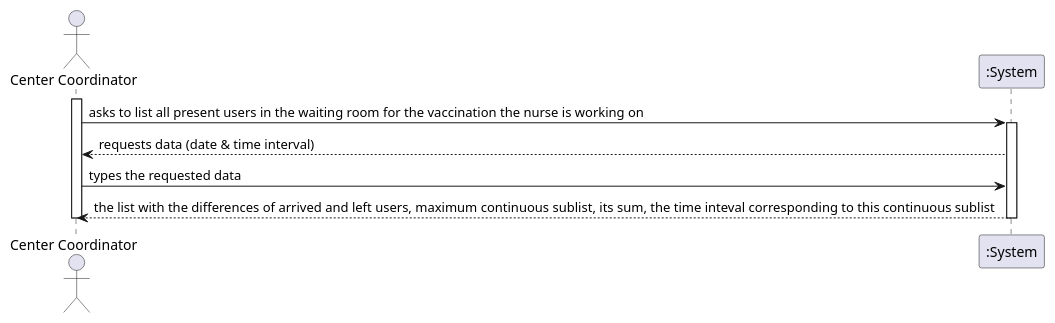
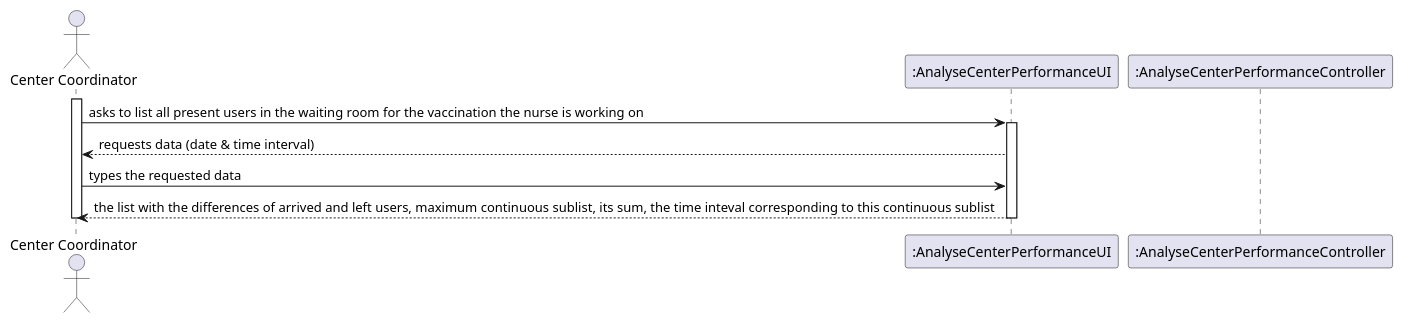
The diagram in docs/SprintD/US16/SD/US16_SD.puml (miseEnPlace-i/lapr2), drawn with PlantUML before and after one commit. The commit also changed 1 other file, not shown here.

```diff
--- a/docs/SprintD/US16/SD/US16_SD.puml
+++ b/docs/SprintD/US16/SD/US16_SD.puml
@@ -1,15 +1,17 @@
 @startuml
 
 actor "Center Coordinator" AS COORD
-participant ":System" as SYS
+participant ":AnalyseCenterPerformanceUI" as UI
+participant ":AnalyseCenterPerformanceController" as CTRL
+
 activate COORD
-COORD -> SYS : asks to list all present users in the waiting room for the vaccination the nurse is working on
-activate SYS
-SYS --> COORD : requests data (date & time interval)
-COORD -> SYS : types the requested data
-SYS --> COORD : the list with the differences of arrived and left users, maximum continuous sublist, its sum, the time inteval corresponding to this continuous sublist 
-deactivate SYS
+COORD -> UI : asks to list all present users in the waiting room for the vaccination the nurse is working on
+activate UI
+UI --> COORD : requests data (date & time interval)
+COORD -> UI : types the requested data
+UI --> COORD : the list with the differences of arrived and left users, maximum continuous sublist, its sum, the time inteval corresponding to this continuous sublist 
+deactivate UI
 
 deactivate COORD
 
 @enduml
```
